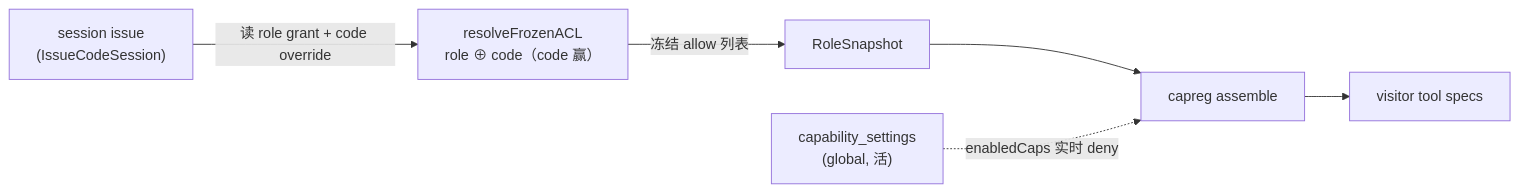
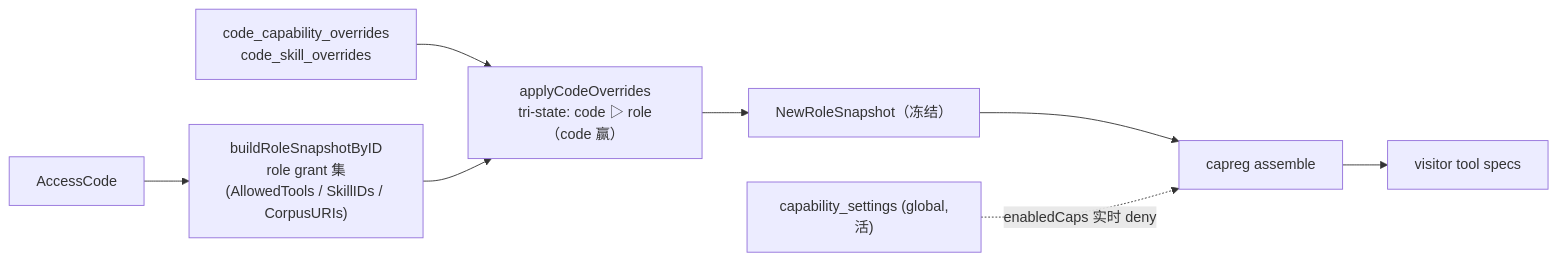
One commit to atmaxmoj/standmeet changed the diagram in docs/design/capability-acl-hierarchy.md. Above: the diagram before and after it, drawn with Mermaid. The commit also changed other lines of this file and 1 other file, not shown here.

First line of the commit message:
docs(design): 3-layer ACL — code-architecture (change/keep/delete) + full test design

````diff
--- a/docs/design/capability-acl-hierarchy.md
+++ b/docs/design/capability-acl-hierarchy.md
@@ -122,8 +128,10 @@
 ```mermaid
 flowchart LR
-  issue["session issue<br/>(IssueCodeSession)"] -->|读 role grant + code override| merge["resolveFrozenACL<br/>role ⊕ code（code 赢）"]
-  merge -->|冻结 allow 列表| snap["RoleSnapshot"]
+  code["AccessCode"] --> roleGrant["buildRoleSnapshotByID<br/>role grant 集<br/>(AllowedTools / SkillIDs / CorpusURIs)"]
+  ovr["code_capability_overrides<br/>code_skill_overrides"] --> merge
+  roleGrant --> merge["applyCodeOverrides<br/>tri-state: code ▷ role（code 赢）"]
+  merge --> snap["NewRoleSnapshot（冻结）"]
   snap --> gate["capreg assemble"]
-  gset["capability_settings<br/>(global, 活)"] -.->|enabledCaps 实时 deny| gate
+  gset["capability_settings (global,活)"] -.->|enabledCaps 实时 deny| gate
   gate --> tools["visitor tool specs"]
 ```
````
